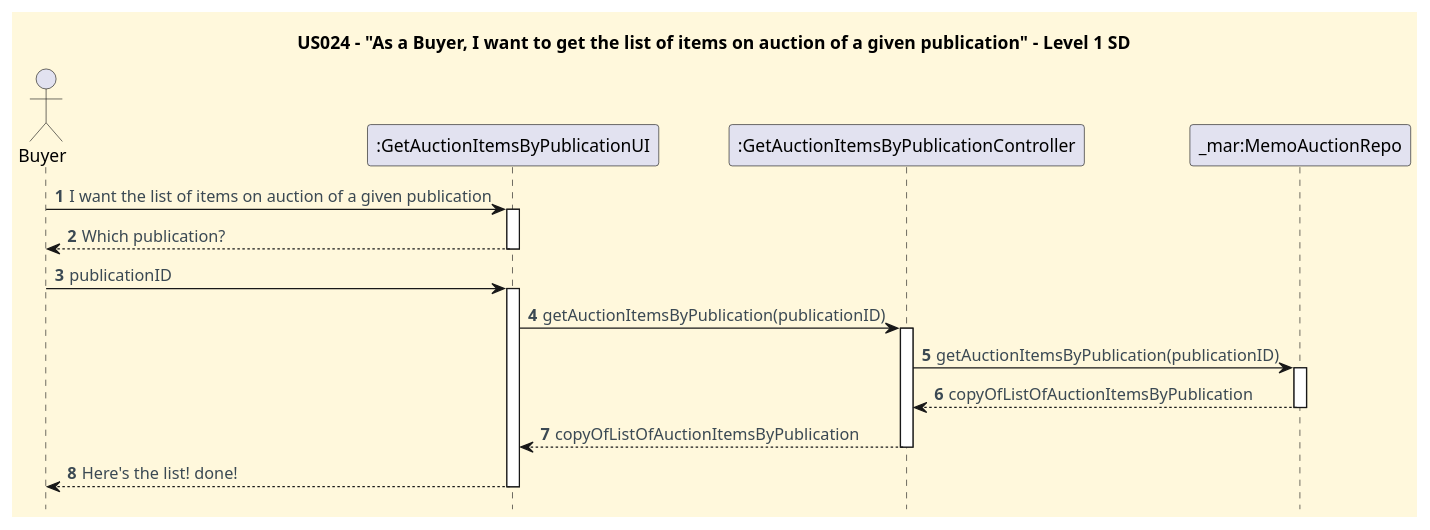
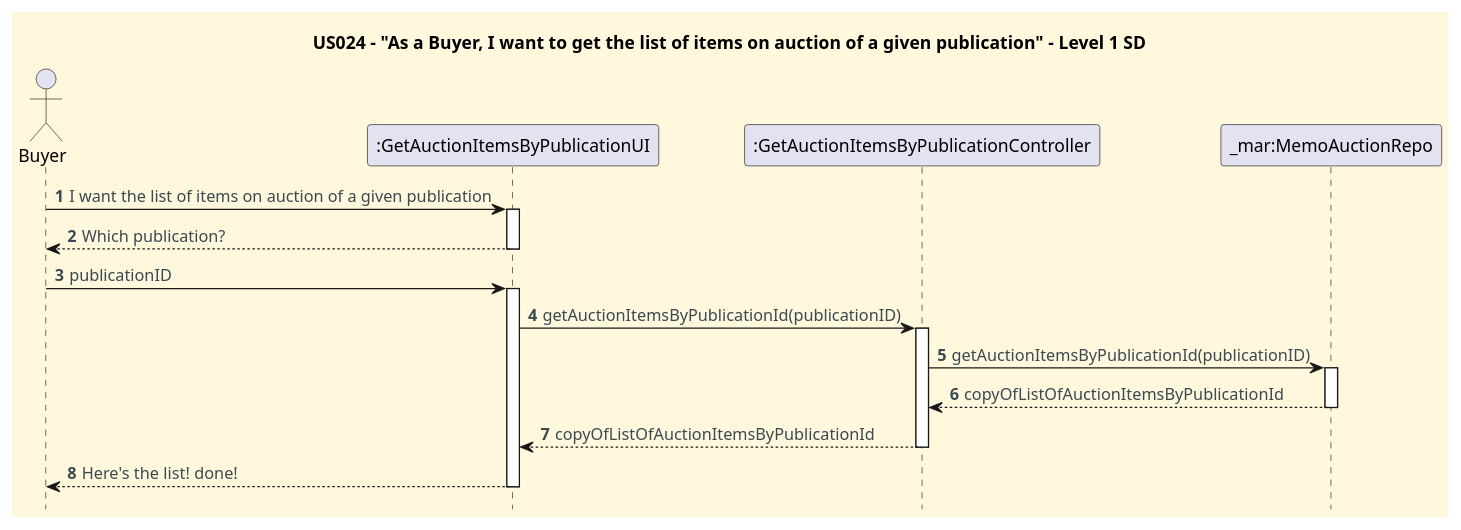
Before and after one commit to CarolinaLeite-collab/JavaMarketplacePlatform: the diagram in docs/user-stories/US024/US024_get_list_of_items_on_auction_of_given_publication_SD.puml, drawn with PlantUML. The commit also changed 3 other files, not shown here.

```diff
--- a/docs/user-stories/US024/US024_get_list_of_items_on_auction_of_given_publication_SD.puml
+++ b/docs/user-stories/US024/US024_get_list_of_items_on_auction_of_given_publication_SD.puml
@@ -1,43 +1,43 @@
 @startuml
 title US024 - "As a Buyer, I want to get the list of items on auction of a given publication" - Level 1 SD
 hidefootbox
 
 skinparam shadowing false
 skinparam defaultFontName Futura
 skinparam objectFontSize 20
 skinparam backgroundColor CornSilk
 skinparam objectBackgroundColor WhiteSmoke
 skinparam ArrowFontColor #3B4953
 
 autonumber
 autoactivate off
 
 actor Buyer
 participant ":GetAuctionItemsByPublicationUI" as UI
 participant ":GetAuctionItemsByPublicationController" as CTL
 participant "_mar:MemoAuctionRepo" as mAR
 
 Buyer -> UI: I want the list of items on auction of a given publication
 activate UI
 UI --> Buyer: Which publication?
 deactivate UI
 Buyer -> UI: publicationID
 activate UI
 
 
-UI -> CTL: getAuctionItemsByPublication(publicationID)
+UI -> CTL: getAuctionItemsByPublicationId(publicationID)
 activate CTL
 
-CTL -> mAR: getAuctionItemsByPublication(publicationID)
+CTL -> mAR: getAuctionItemsByPublicationId(publicationID)
 activate mAR
 
-mAR --> CTL: copyOfListOfAuctionItemsByPublication
+mAR --> CTL: copyOfListOfAuctionItemsByPublicationId
 deactivate mAR
 
-CTL --> UI: copyOfListOfAuctionItemsByPublication
+CTL --> UI: copyOfListOfAuctionItemsByPublicationId
 deactivate CTL
 
 UI --> Buyer: Here's the list! done!
 deactivate UI
 
 @enduml
```
